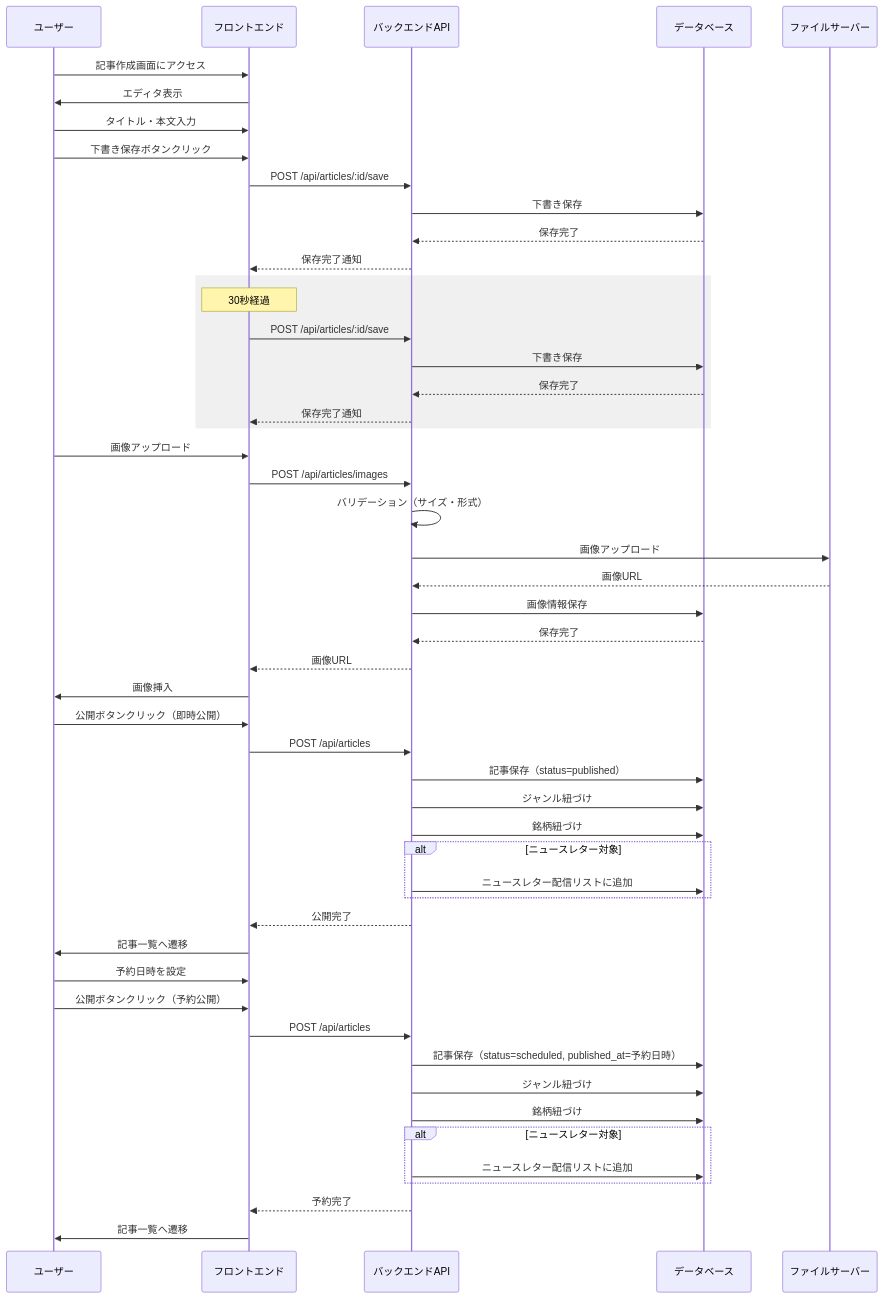
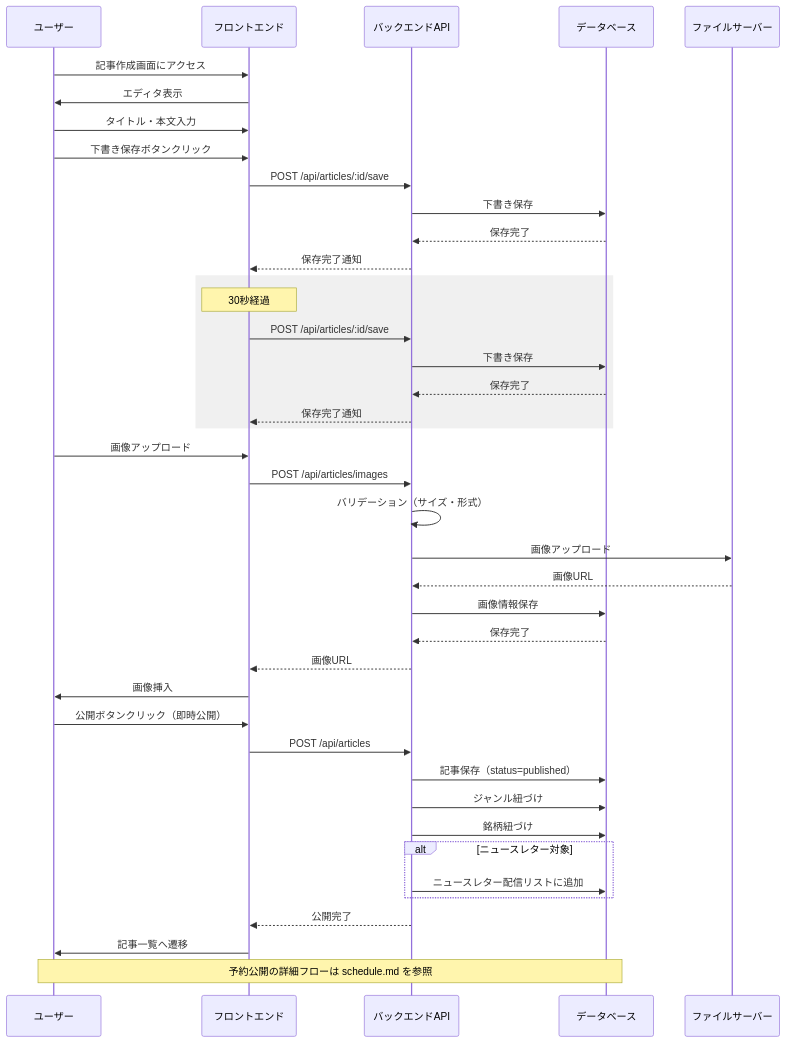
The third of 3 diagrams in docs/functions/article/create-edit.md (RRRRRRR-777/SikouLab), drawn with Mermaid before and after one commit. The commit also changed other lines of this file and 1 other file, not shown here.

````diff
--- a/docs/functions/article/create-edit.md
+++ b/docs/functions/article/create-edit.md
@@ -184,64 +176,53 @@
 ```mermaid
 sequenceDiagram
     participant User as ユーザー
     participant Front as フロントエンド
     participant API as バックエンドAPI
     participant DB as データベース
     participant Storage as ファイルサーバー
 
     User->>Front: 記事作成画面にアクセス
     Front->>User: エディタ表示
 
     User->>Front: タイトル・本文入力
 
     %% 下書き保存（ユーザー操作）
     User->>Front: 下書き保存ボタンクリック
     Front->>API: POST /api/articles/:id/save
     API->>DB: 下書き保存
     DB-->>API: 保存完了
     API-->>Front: 保存完了通知
 
     %% 自動保存（30秒経過）
     rect rgb(240, 240, 240)
         Note over Front: 30秒経過
         Front->>API: POST /api/articles/:id/save
         API->>DB: 下書き保存
         DB-->>API: 保存完了
         API-->>Front: 保存完了通知
     end
 
     User->>Front: 画像アップロード
     Front->>API: POST /api/articles/images
     API->>API: バリデーション（サイズ・形式）
     API->>Storage: 画像アップロード
     Storage-->>API: 画像URL
     API->>DB: 画像情報保存
     DB-->>API: 保存完了
     API-->>Front: 画像URL
     Front->>User: 画像挿入
 
     %% 即時公開
     User->>Front: 公開ボタンクリック（即時公開）
     Front->>API: POST /api/articles
     API->>DB: 記事保存（status=published）
     API->>DB: ジャンル紐づけ
     API->>DB: 銘柄紐づけ
     alt ニュースレター対象
         API->>DB: ニュースレター配信リストに追加
     end
     API-->>Front: 公開完了
     Front->>User: 記事一覧へ遷移
 
-    %% 予約公開
-    User->>Front: 予約日時を設定
-    User->>Front: 公開ボタンクリック（予約公開）
-    Front->>API: POST /api/articles
-    API->>DB: 記事保存（status=scheduled, published_at=予約日時）
-    API->>DB: ジャンル紐づけ
-    API->>DB: 銘柄紐づけ
-    alt ニュースレター対象
-        API->>DB: ニュースレター配信リストに追加
-    end
-    API-->>Front: 予約完了
-    Front->>User: 記事一覧へ遷移
+    Note over User,DB: 予約公開の詳細フローは schedule.md を参照
 ```
````
